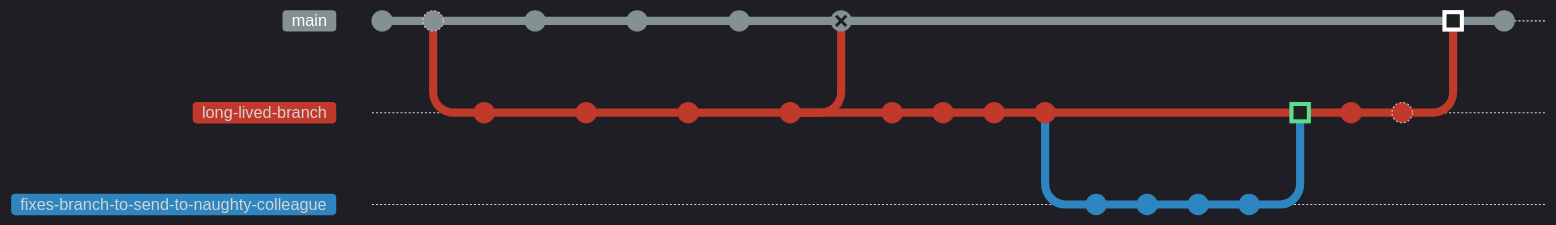
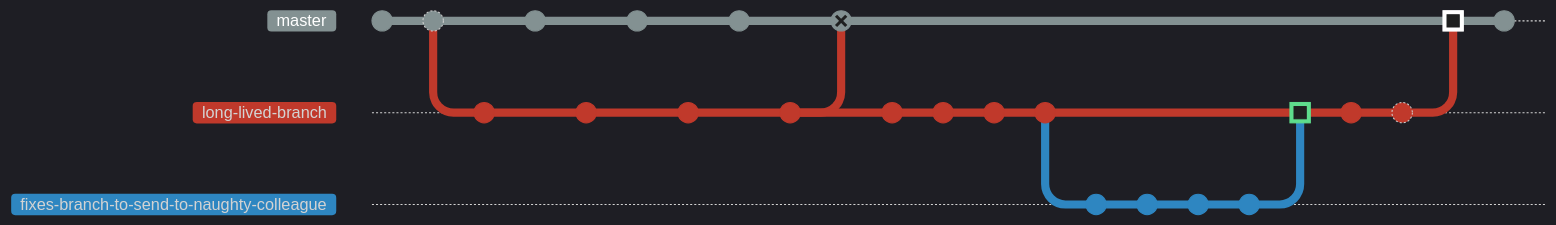
The second of 3 diagrams in README.md (HariSekhon/Diagrams-as-Code), drawn with Mermaid before and after one commit. Commit ids are hidden.

````diff
--- a/README.md
+++ b/README.md
@@ -177,56 +177,58 @@
 ```mermaid
 %% https://mermaid.js.org/syntax/gitgraph.html#gitgraph-specific-configuration-options
 %% https://htmlcolorcodes.com/
 %%{ init: {
         'logLevel': 'debug',
         'theme': 'dark',
-        'mainBranchName': 'master',
+        'gitGraph': {
+            'mainBranchName': 'master'
+        },
         'themeVariables': {
             'git0': '#839192',
             'git1': '#C0392B ',
             'git2': '#2E86C1',
             'gitInv0': '#FFFFFF',
             'gitBranchLabel0': '#FFFFFF',
             'commitLabelColor': '#FFFFFF'
         }
     }
 }%%
 gitGraph
     commit
     commit id: "branch"
     branch long-lived-branch
     checkout long-lived-branch
     commit id: "50 clever commits"
-    checkout main
+    checkout master
     commit
     checkout long-lived-branch
     commit id: "too clever"
-    checkout main
+    checkout master
     commit
     checkout long-lived-branch
     commit id: "too long"
-    checkout main
+    checkout master
     commit
     checkout long-lived-branch
     commit id: "try to merge back"
-    checkout main
+    checkout master
     merge long-lived-branch id: "Merge Conflict!!" type: REVERSE
     checkout long-lived-branch
     commit id: "trying to fix"
     commit id: "still trying to fix"
     commit id: "struggling to fix"
     commit id: "ask Hari for help"
     branch fixes-branch-to-send-to-naughty-colleague
     checkout fixes-branch-to-send-to-naughty-colleague
     commit id: "fix 1"
     commit id: "fix 2"
     commit id: "fix 3"
     commit id: "could have been working on better things!"
     checkout long-lived-branch
     merge fixes-branch-to-send-to-naughty-colleague id: "merge fixes" type: HIGHLIGHT
     commit id: "more commits"
     commit id: "because this branch only had 105 commits already"
-    checkout main
+    checkout master
     merge long-lived-branch id: "Finallly Merged!" type: HIGHLIGHT
     commit id: "Please never do that again"
 ```
````
